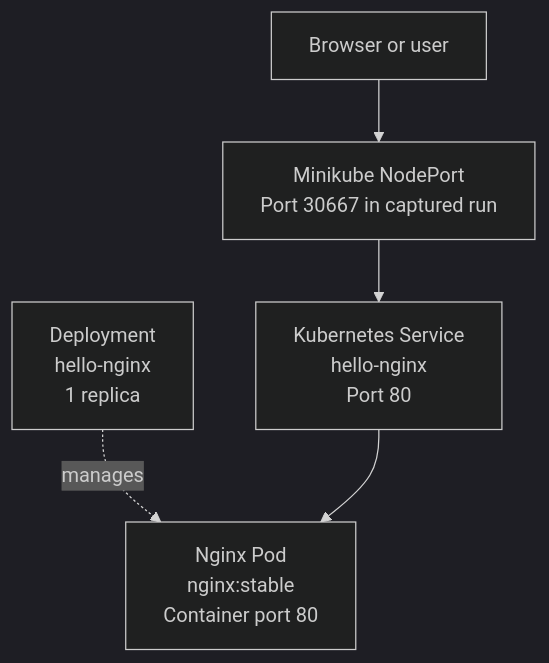
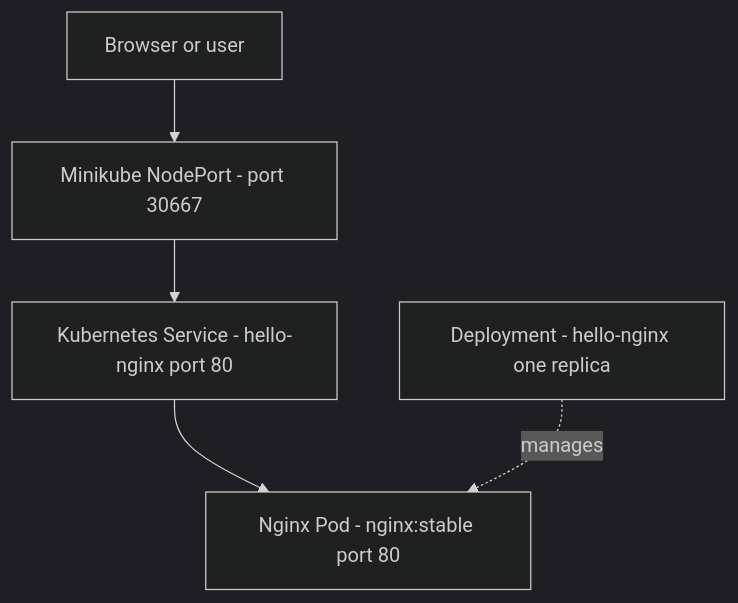
One commit to danielukorie-debug/kubernetes-minikube-lab changed the diagram in README.md. Above: the diagram before and after it, drawn with Mermaid (dark theme). The commit also changed other lines of this file, not shown here.

Commit message:
Document Kubernetes architecture and deployment evidence

````diff
--- a/README.md
+++ b/README.md
@@ -105,13 +102,13 @@
 ```mermaid
 flowchart TD
     User[Browser or user]
-    NodePort[Minikube NodePort<br/>Port 30667 in captured run]
-    Service[Kubernetes Service<br/>hello-nginx<br/>Port 80]
-    Deployment[Deployment<br/>hello-nginx<br/>1 replica]
-    Pod[Nginx Pod<br/>nginx:stable<br/>Container port 80]
+    NodePort[Minikube NodePort - port 30667]
+    Service[Kubernetes Service - hello-nginx port 80]
+    Deployment[Deployment - hello-nginx one replica]
+    Pod[Nginx Pod - nginx:stable port 80]
 
     User --> NodePort
     NodePort --> Service
+    Service --> Pod
     Deployment -. manages .-> Pod
-    Service --> Pod
 ```
````
